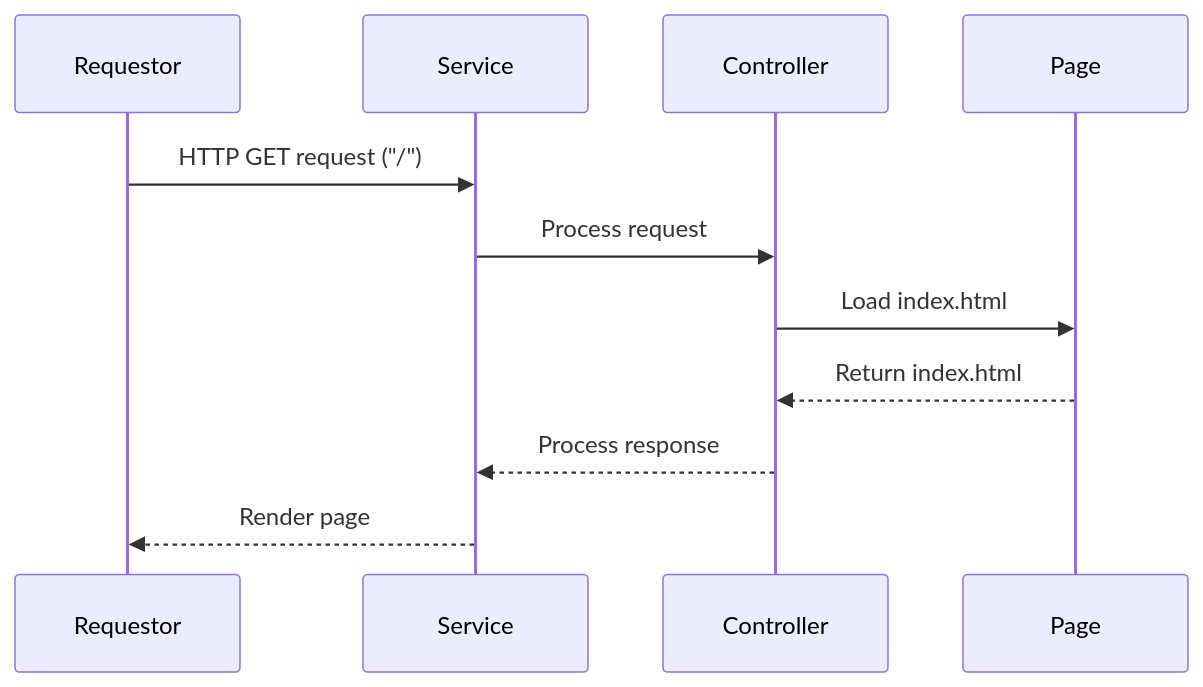
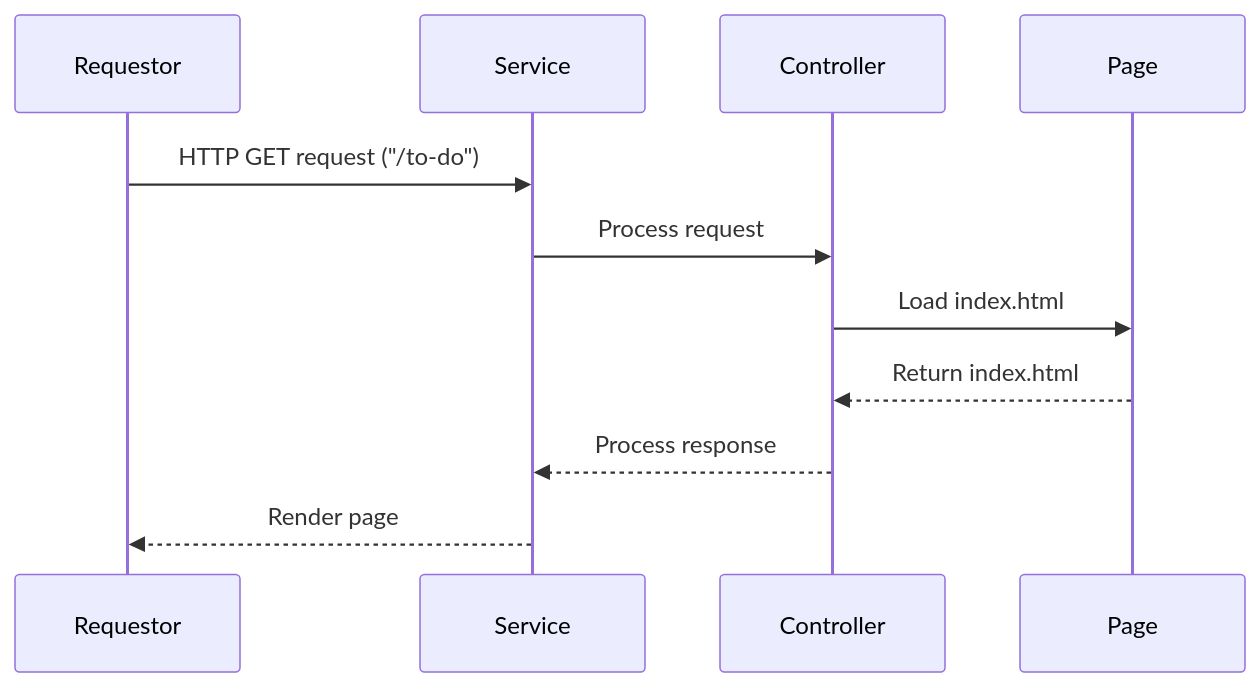
The second of 4 diagrams in readme.md (murtidaryandono/example-web-basic), drawn with Mermaid before and after one commit. The commit also changed other lines of this file and 3 other files, not shown here.

````diff
--- a/readme.md
+++ b/readme.md
@@ -71,13 +71,13 @@
       ```mermaid
       sequenceDiagram
       participant Requestor
       participant Service
       participant Controller
       participant Page
-      Requestor ->> Service : HTTP GET request ("/")
+      Requestor ->> Service : HTTP GET request ("/to-do")
       Service ->> Controller : Process request
       Controller ->> Page : Load index.html
       Page -->> Controller : Return index.html
       Controller -->> Service : Process response
       Service -->> Requestor : Render page
       ```
````
